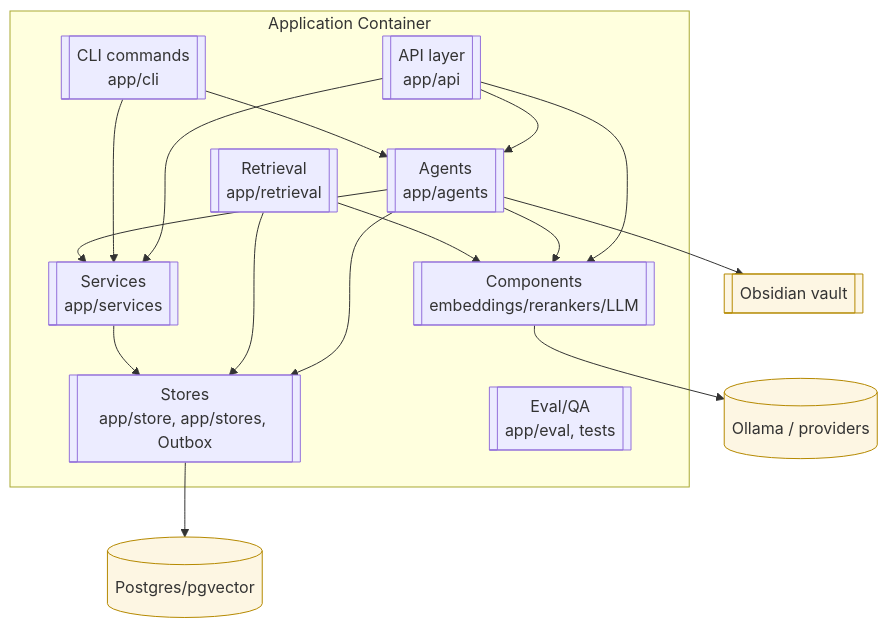
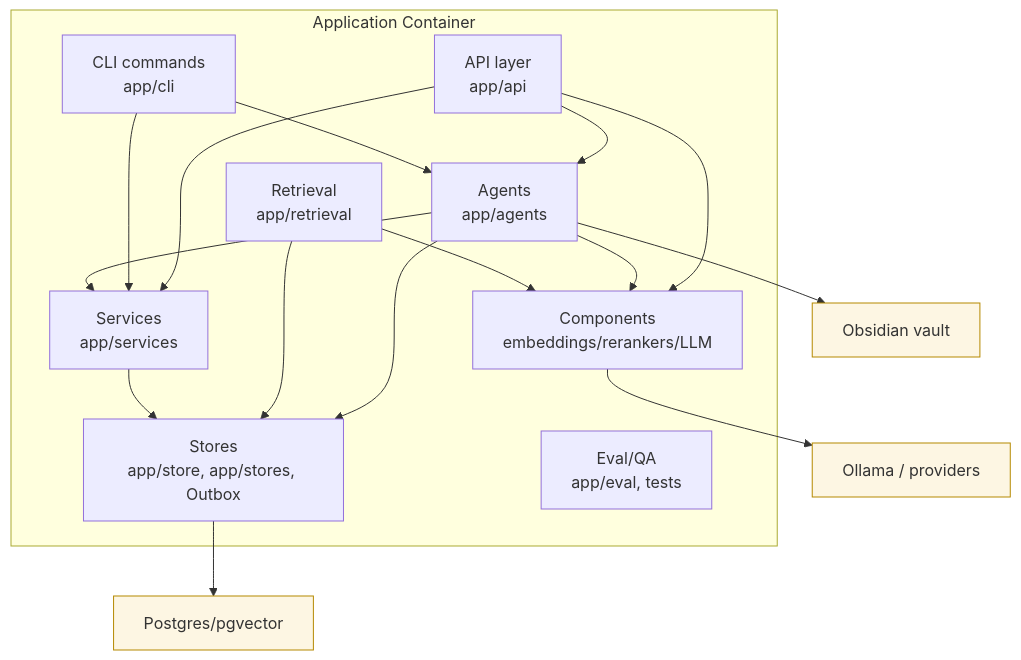
One commit to RasmusTho/agentic-pkm-mvp changed the third of 5 diagrams in docs/DIAGRAMS.md. Above: the diagram before and after it, drawn with Mermaid. The commit also changed other lines of this file and 3 other files, not shown here.

Commit message:
eval and diagrams update

````diff
--- a/docs/DIAGRAMS.md
+++ b/docs/DIAGRAMS.md
@@ -67,34 +67,34 @@
 ```mermaid
 flowchart TB
     subgraph app[Application Container]
-        api_layer[[API layer<br/>app/api]]
-        cli_layer[[CLI commands<br/>app/cli]]
-        agents[[Agents<br/>app/agents]]
-        services[[Services<br/>app/services]]
-        components[[Components<br/>embeddings/rerankers/LLM]]
-        retrieval[[Retrieval<br/>app/retrieval]]
-        stores[[Stores<br/>app/store, app/stores, Outbox]]
-        eval[[Eval/QA<br/>app/eval, tests]]
+        api_layer["API layer<br/>app/api"]
+        cli_layer["CLI commands<br/>app/cli"]
+        agents["Agents<br/>app/agents"]
+        services["Services<br/>app/services"]
+        components["Components<br/>embeddings/rerankers/LLM"]
+        retrieval["Retrieval<br/>app/retrieval"]
+        stores["Stores<br/>app/store, app/stores, Outbox"]
+        eval["Eval/QA<br/>app/eval, tests"]
     end
 
-    provider[(Ollama / providers)]:::ext
-    db[(Postgres/pgvector)]:::ext
-    vault[[Obsidian vault]]:::ext
+    provider["Ollama / providers"]:::ext
+    db["Postgres/pgvector"]:::ext
+    vault["Obsidian vault"]:::ext
 
     api_layer --> agents
     api_layer --> services
     api_layer --> components
     cli_layer --> agents
     cli_layer --> services
     agents --> components
     agents --> services
     agents --> stores
     retrieval --> components
     retrieval --> stores
     services --> stores
     components --> provider
     stores --> db
     agents --> vault
 
     classDef ext fill:#fdf6e3,stroke:#b58900;
 ```
````
